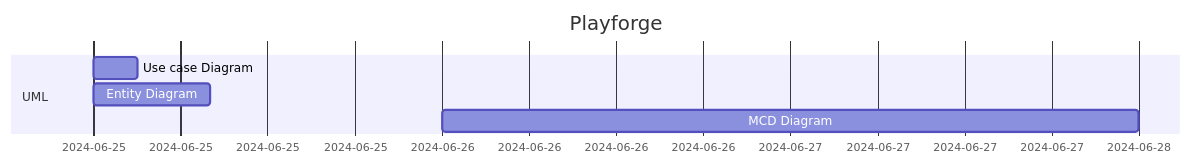
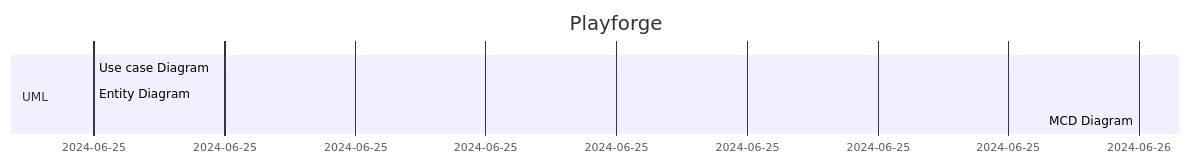
Before and after one commit to JameS-Gmz/api-Rest: the first of 3 diagrams in README.md, drawn with Mermaid.

````diff
--- a/README.md
+++ b/README.md
@@ -45,9 +45,9 @@
 ```mermaid
 gantt
     title Playforge
     dateFormat MM-DD
     section UML
-        Use case Diagram    : 06-25, 3h
-        Entity Diagram    : 06-25, 8h
-        MCD Diagram    : 06-26, 2d
+        Use case Diagram    : 06-25, 8am 3h
+        Entity Diagram    : 06-25, 1pm 3h
+        MCD Diagram    : 06-26, 9am 4h
 ```
````
